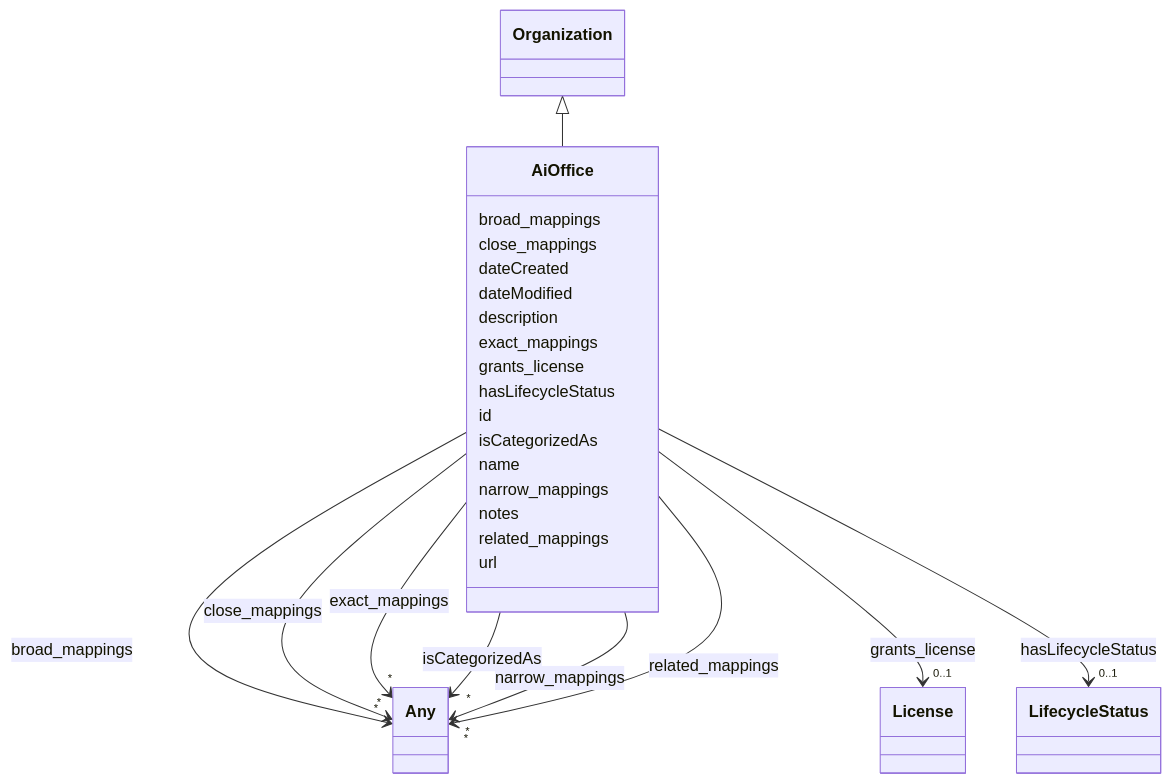
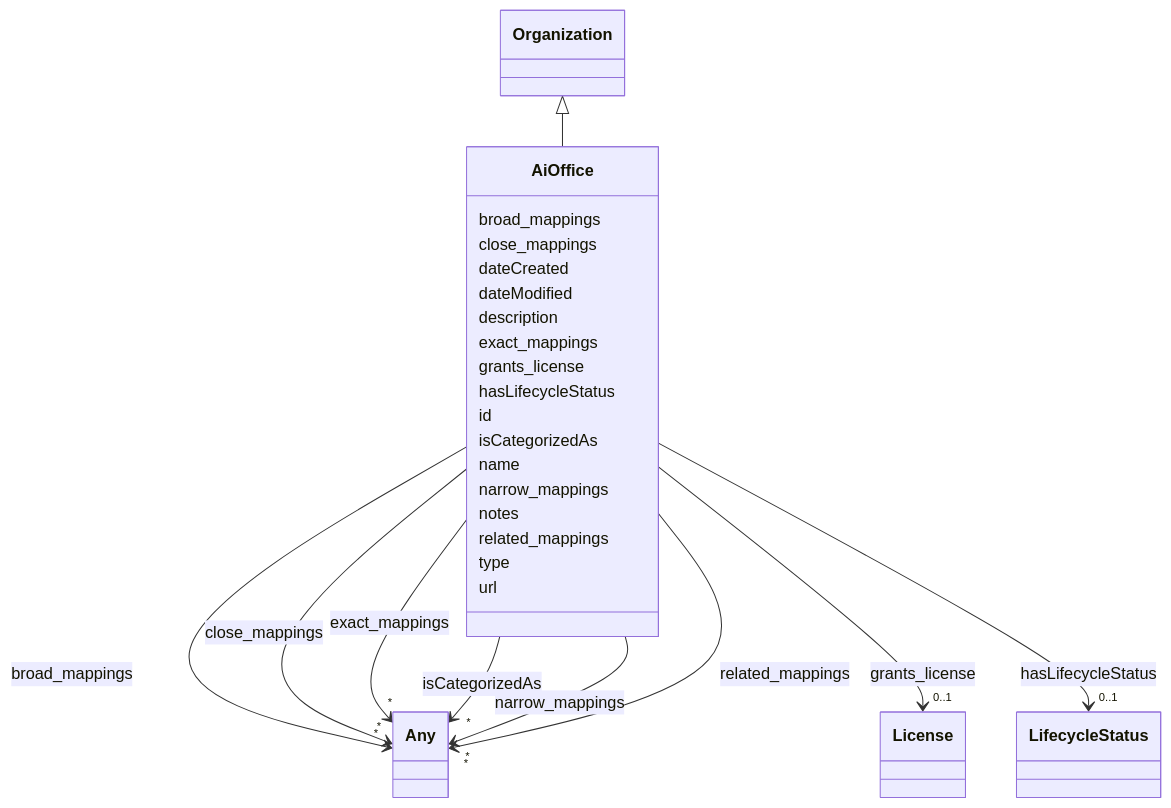
One commit to IBM/ai-atlas-nexus changed the diagram in docs/ontology/AiOffice.md. Above: the diagram before and after it, drawn with Mermaid. The commit also changed other lines of this file and 153 other files, not shown here.

First line of the commit message:
feat: add schema changes for AI evaluations and and example with AEF-1 framework (#284)

```diff
--- a/docs/ontology/AiOffice.md
+++ b/docs/ontology/AiOffice.md
@@ -118,6 +118,8 @@
 
 
 
+      AiOffice : type
+
       AiOffice : url
 
 
```
